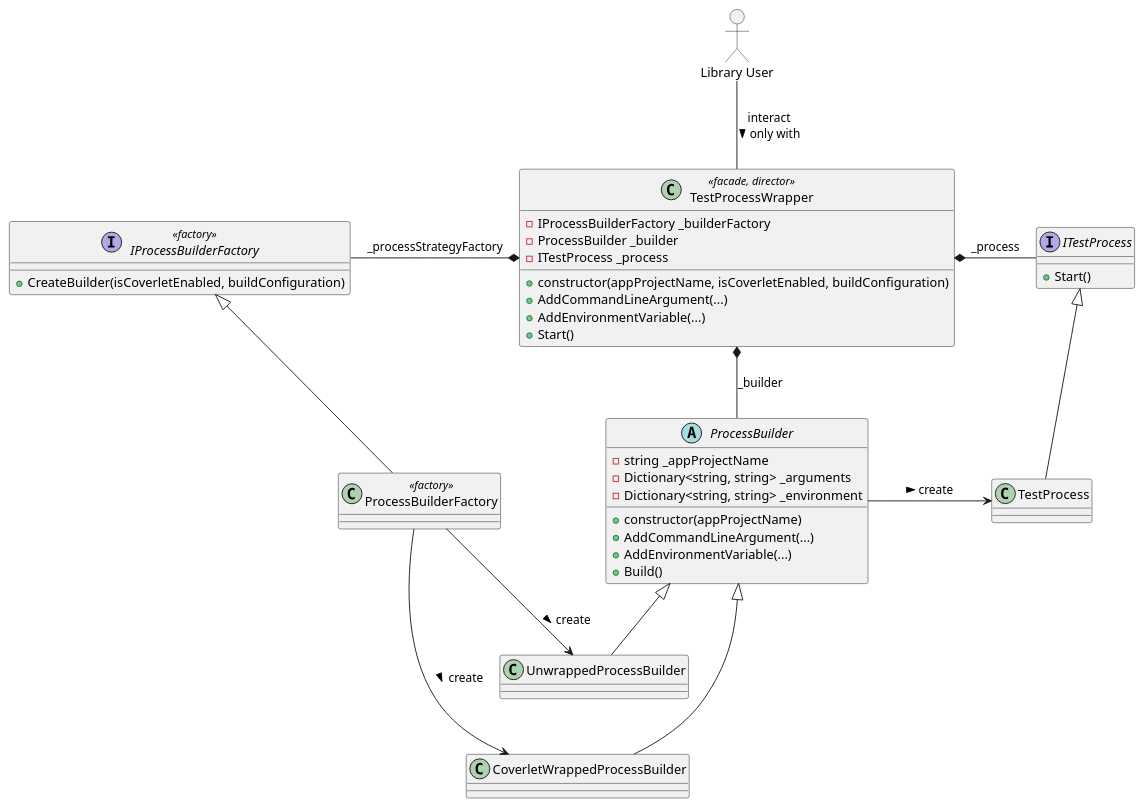
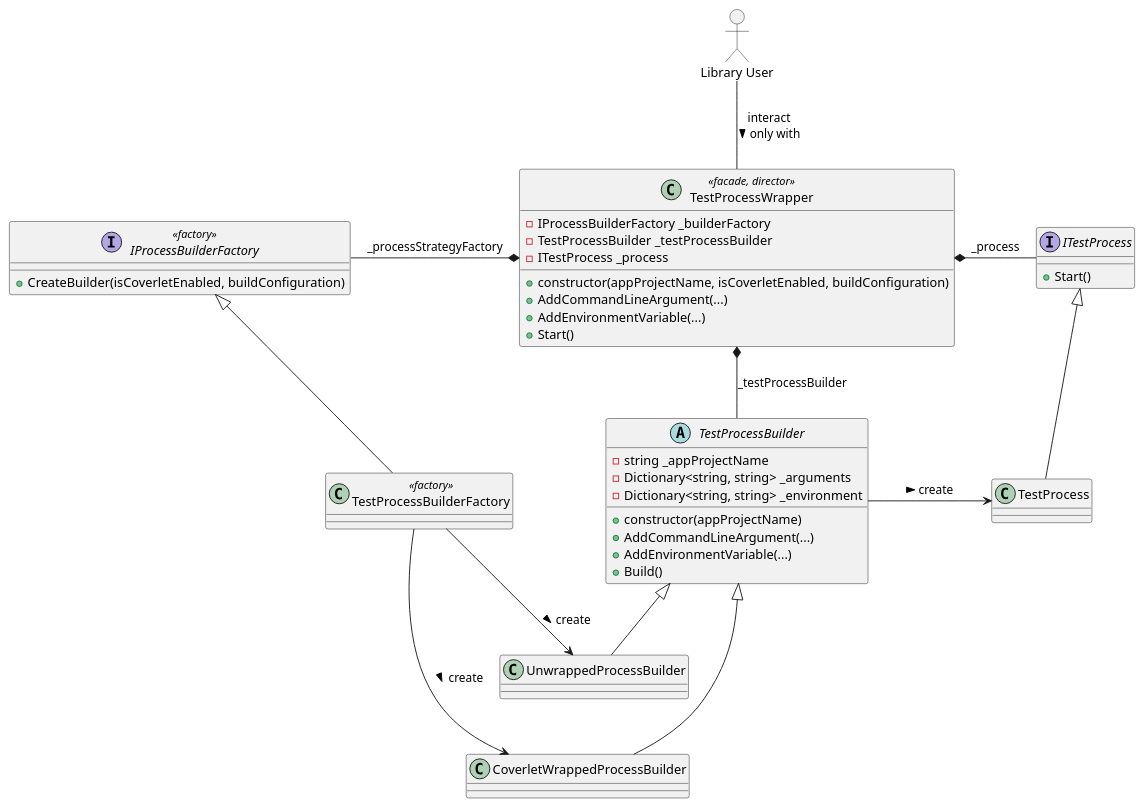
The diagram in docs/target_create_process.puml (wonderbird/TestProcessWrapper), drawn with PlantUML before and after one commit. The commit also changed 4 other files, not shown here.

Commit message:
refactor: rename DotnetProcessFactory to TestProcessBuilder

```diff
--- a/docs/target_create_process.puml
+++ b/docs/target_create_process.puml
@@ -1,60 +1,60 @@
 @startuml
 allowmixing
 
 actor "Library User" as user
 
 class "TestProcessWrapper" as wrapper  << facade, director >> {
   - IProcessBuilderFactory _builderFactory
-  - ProcessBuilder _builder
+  - TestProcessBuilder _testProcessBuilder
   - ITestProcess _process
   
   + constructor(appProjectName, isCoverletEnabled, buildConfiguration)
   + AddCommandLineArgument(...)
   + AddEnvironmentVariable(...)
   + Start()
 }
 
 user -- wrapper : interact\nonly with >
 
 interface "IProcessBuilderFactory" as factory_if << factory >> {
   + CreateBuilder(isCoverletEnabled, buildConfiguration)
 }
 
-class "ProcessBuilderFactory" as factory << factory >>
+class "TestProcessBuilderFactory" as factory << factory >>
 factory_if <|-- factory
 
 factory_if -* wrapper : _processStrategyFactory
 
-abstract class "ProcessBuilder" as builder {
+abstract class "TestProcessBuilder" as builder {
   - string _appProjectName
   - Dictionary<string, string> _arguments
   - Dictionary<string, string> _environment
   + constructor(appProjectName)
   + AddCommandLineArgument(...)
   + AddEnvironmentVariable(...)
   + Build()
 }
 
-wrapper *- builder : _builder
+wrapper *- builder : _testProcessBuilder
 
 class "UnwrappedProcessBuilder" as process_builder
 builder <|-- process_builder
 factory --> process_builder : create >
 
 class "CoverletWrappedProcessBuilder" as coverlet_builder
 builder <|--- coverlet_builder
 factory ---> coverlet_builder : create >
 
 interface "ITestProcess" as process_if {
   + Start()
 }
 
 wrapper *- process_if : _process
 
 class "TestProcess" as process
 process_if <|-- process
 
 builder -> process : create >
 
 'factory_if ---- process_if
 @enduml
```
